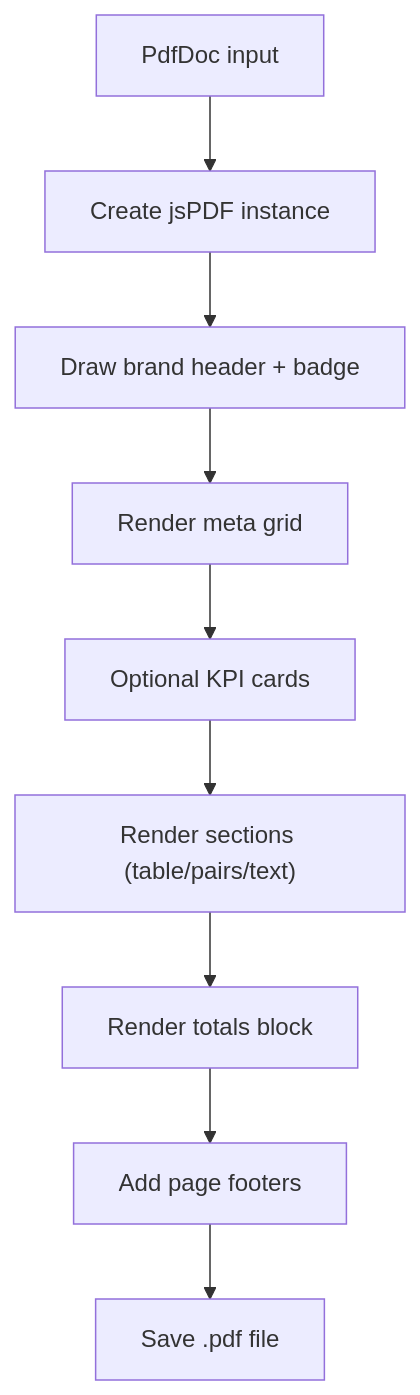
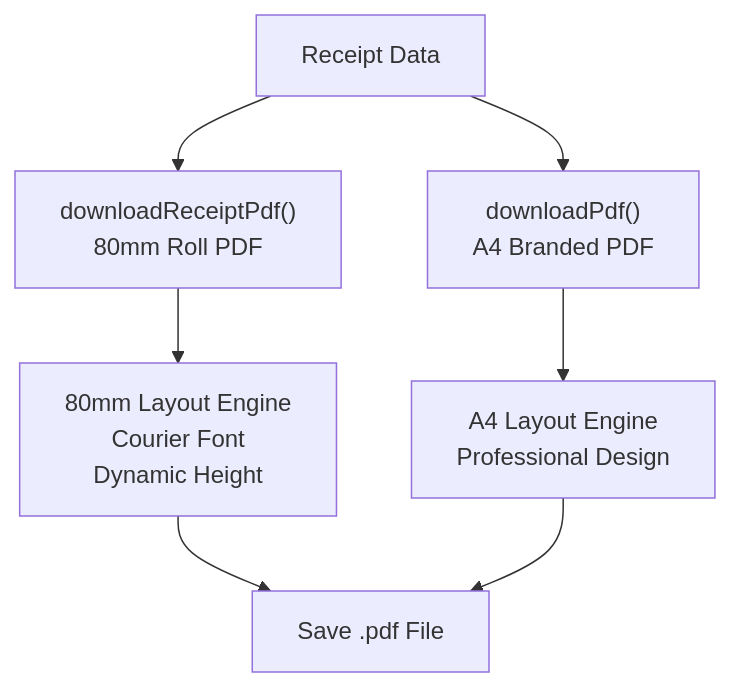
One commit to themclloyd/storq changed the fifth of 10 diagrams in .qoder/repowiki/en/content/Point of Sale System/Receipt Generation.md. Above: the diagram before and after it, drawn with Mermaid. The commit also changed other lines of this file and 27 other files, not shown here.

````diff
--- a/.qoder/repowiki/en/content/Point of Sale System/Receipt Generation.md
+++ b/.qoder/repowiki/en/content/Point of Sale System/Receipt Generation.md
@@ -196,11 +217,9 @@
 ```mermaid
 flowchart TD
-Input["PdfDoc input"] --> Init["Create jsPDF instance"]
-Init --> Header["Draw brand header + badge"]
-Header --> Meta["Render meta grid"]
-Meta --> Kpis["Optional KPI cards"]
-Kpis --> Sections["Render sections (table/pairs/text)"]
-Sections --> Totals["Render totals block"]
-Totals --> Footer["Add page footers"]
-Footer --> Save["Save .pdf file"]
+Input["Receipt Data"] --> ThermalPdf["downloadReceiptPdf()<br/>80mm Roll PDF"]
+Input --> BrandedPdf["downloadPdf()<br/>A4 Branded PDF"]
+ThermalPdf --> ThermalLayout["80mm Layout Engine<br/>Courier Font<br/>Dynamic Height"]
+BrandedPdf --> BrandedLayout["A4 Layout Engine<br/>Professional Design"]
+ThermalLayout --> Save["Save .pdf File"]
+BrandedLayout --> Save
 ```
````
